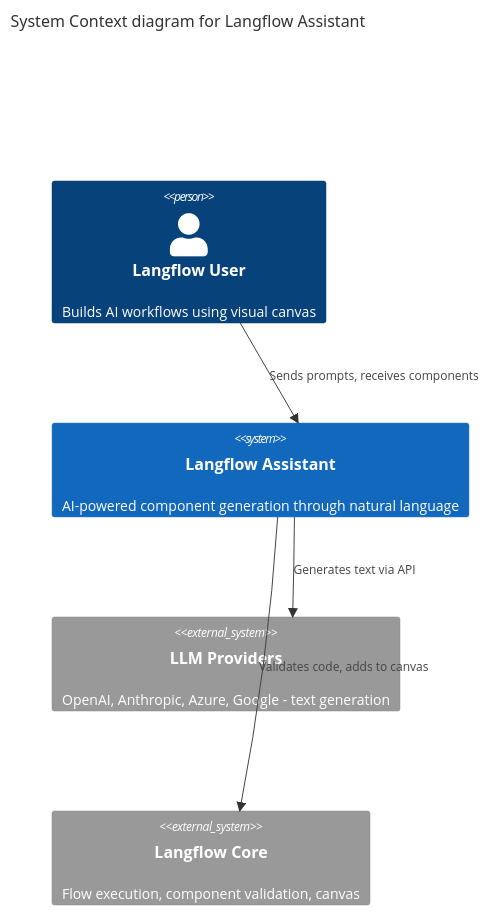
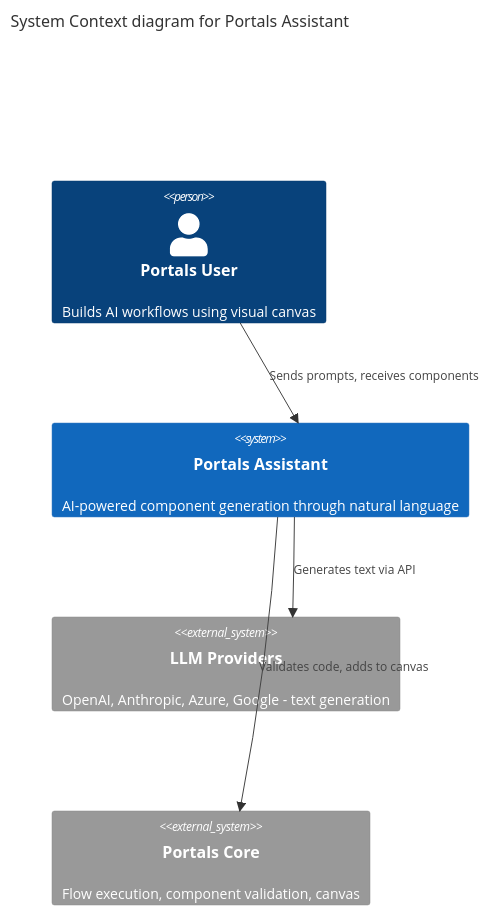
One commit to DigitalCreationsCo/cinematic-canvas changed the first of 3 diagrams in docs/features/langflow-assistant.md. Above: the diagram before and after it, drawn with Mermaid. The commit also changed other lines of this file and 1261 other files, not shown here.

````diff
--- a/docs/features/langflow-assistant.md
+++ b/docs/features/langflow-assistant.md
@@ -978,15 +978,15 @@
 ```mermaid
 C4Context
-  title System Context diagram for Langflow Assistant
+  title System Context diagram for Portals Assistant
 
-  Person(user, "Langflow User", "Builds AI workflows using visual canvas")
+  Person(user, "Portals User", "Builds AI workflows using visual canvas")
 
-  System(assistant, "Langflow Assistant", "AI-powered component generation through natural language")
+  System(assistant, "Portals Assistant", "AI-powered component generation through natural language")
 
   System_Ext(llm_providers, "LLM Providers", "OpenAI, Anthropic, Azure, Google - text generation")
-  System_Ext(langflow_core, "Langflow Core", "Flow execution, component validation, canvas")
+  System_Ext(portals_core, "Portals Core", "Flow execution, component validation, canvas")
 
   Rel(user, assistant, "Sends prompts, receives components")
   Rel(assistant, llm_providers, "Generates text via API")
-  Rel(assistant, langflow_core, "Validates code, adds to canvas")
+  Rel(assistant, portals_core, "Validates code, adds to canvas")
 ```
````
